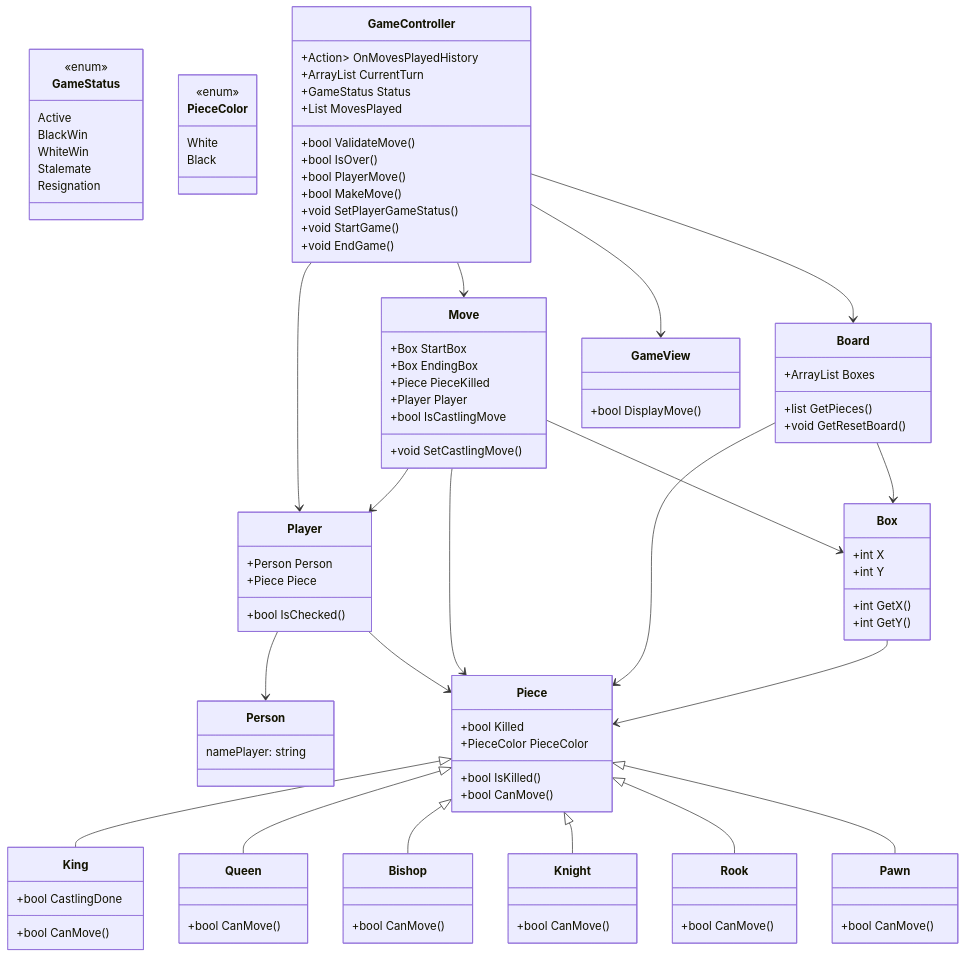
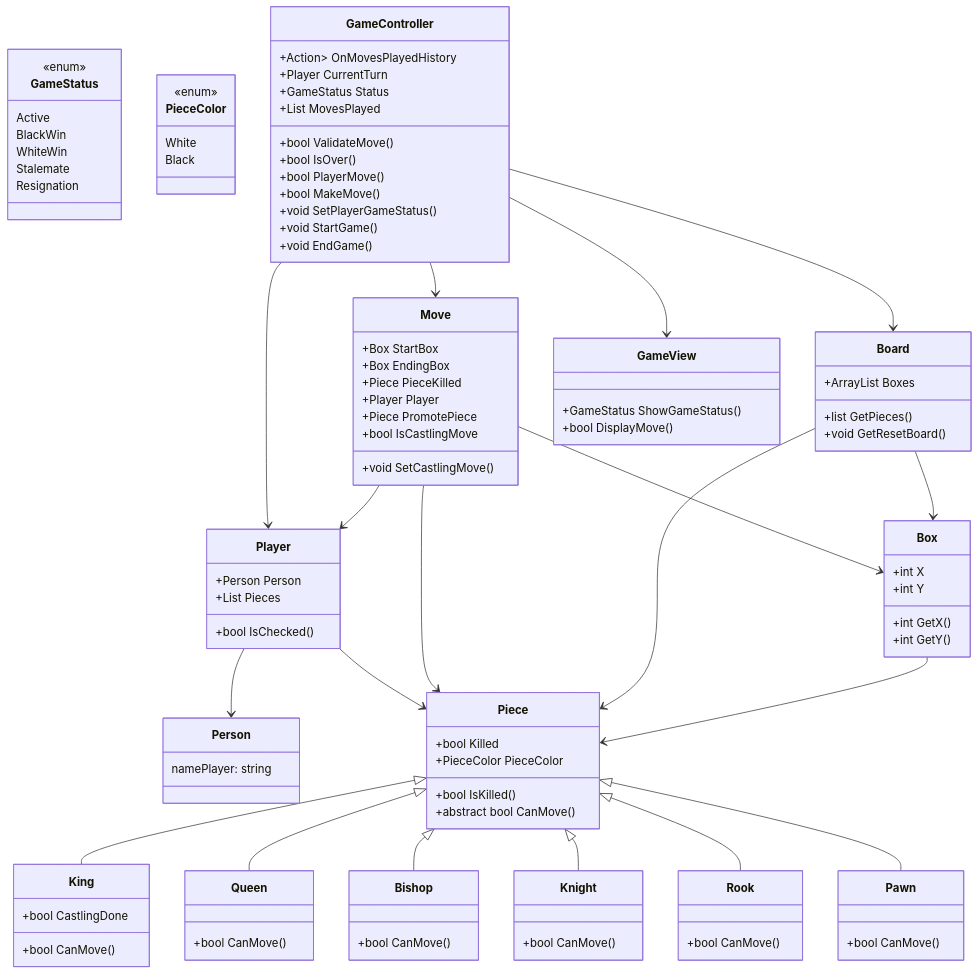
One commit to haddinz/bootcamp-csharp changed the diagram in Day8/ChessClassDiagram.md. Above: the diagram before and after it, drawn with Mermaid. The commit also changed 2 other files, not shown here.

Commit message:
Adding Day 8 Revision

````diff
--- a/Day8/ChessClassDiagram.md
+++ b/Day8/ChessClassDiagram.md
@@ -1,5 +1,4 @@
 ```mermaid
-
     classDiagram
 
         class Person {
@@ -26,6 +25,7 @@
             +Box EndingBox
             +Piece PieceKilled
             +Player Player
+            +Piece PromotePiece
             +bool IsCastlingMove
 
             +void SetCastlingMove()
@@ -51,7 +51,7 @@
             +PieceColor PieceColor
 
             +bool IsKilled()
-            +bool CanMove()
+            +abstract bool CanMove()
         }
 
         class King {
@@ -82,14 +82,14 @@
 
         class Player {
             +Person Person
-            +Piece Piece
+            +List<Piece> Pieces
 
             +bool IsChecked()
         }
 
         class GameController {
             +Action<List<Move>> OnMovesPlayedHistory
-            +ArrayList<Player> CurrentTurn
+            +Player CurrentTurn
             +GameStatus Status
             +List<Move> MovesPlayed
 
@@ -103,7 +103,7 @@
         }
 
         class GameView {
-
+            +GameStatus ShowGameStatus()
             +bool DisplayMove()
         }
 
````
